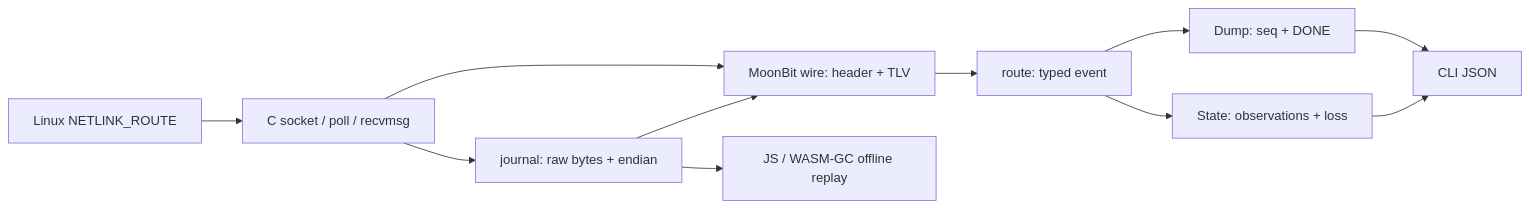
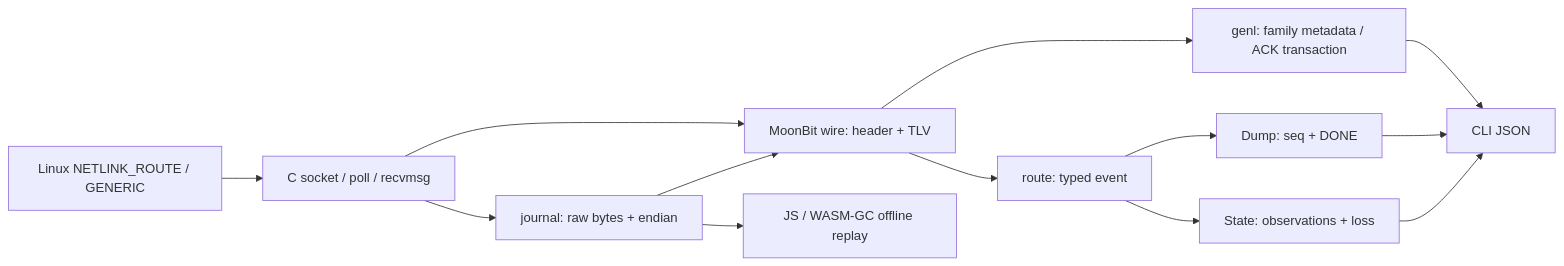
The diagram in docs/architecture.md (Magic486/moonnetlink), drawn with Mermaid before and after one commit. The commit also changed 3 other files, not shown here.

````diff
--- a/docs/architecture.md
+++ b/docs/architecture.md
@@ -3,13 +3,15 @@
 ```mermaid
 flowchart LR
-  K[Linux NETLINK_ROUTE] --> C[C socket / poll / recvmsg]
+  K[Linux NETLINK_ROUTE / GENERIC] --> C[C socket / poll / recvmsg]
   C --> W[MoonBit wire: header + TLV]
   W --> R[route: typed event]
+  W --> G[genl: family metadata / ACK transaction]
+  G --> CLI
   R --> D[Dump: seq + DONE]
   R --> S[State: observations + loss]
   C --> J[journal: raw bytes + endian]
   J --> W
   D --> CLI[CLI JSON]
   S --> CLI
   J --> P[JS / WASM-GC offline replay]
 ```
````
